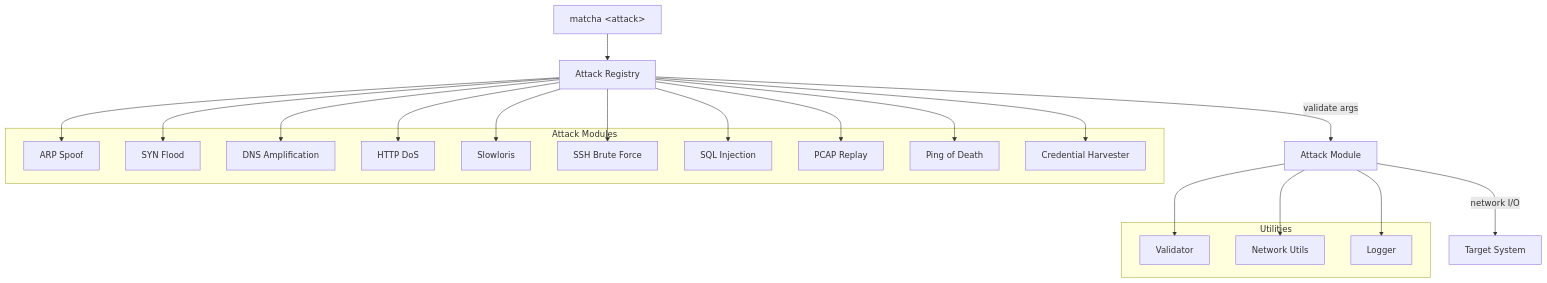
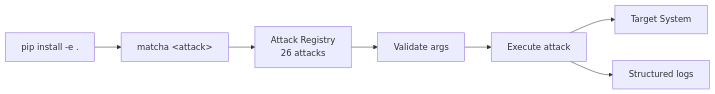
Before and after one commit to Montimage/mmt-attacker: the diagram in README.md, drawn with Mermaid. The commit also changed other lines of this file and 1 other file, not shown here.

````diff
--- a/README.md
+++ b/README.md
@@ -18,30 +18,9 @@
 ```mermaid
-graph TD
-    CLI["matcha &lt;attack&gt;"]
-    CLI --> Registry["Attack Registry"]
-    Registry --> |"validate args"| Attack["Attack Module"]
-    Attack --> |"network I/O"| Target["Target System"]
-
-    subgraph Attack Modules
-        ARP["ARP Spoof"]
-        SYN["SYN Flood"]
-        DNS["DNS Amplification"]
-        HTTP["HTTP DoS"]
-        SLOW["Slowloris"]
-        SSH["SSH Brute Force"]
-        SQL["SQL Injection"]
-        PCAP["PCAP Replay"]
-        PING["Ping of Death"]
-        CRED["Credential Harvester"]
-    end
-
-    Registry --> ARP & SYN & DNS & HTTP & SLOW & SSH & SQL & PCAP & PING & CRED
-
-    subgraph Utilities
-        VAL["Validator"]
-        NET["Network Utils"]
-        LOG["Logger"]
-    end
-
-    Attack --> VAL & NET & LOG
+graph LR
+    Install["pip install -e ."] --> CLI["matcha &lt;attack&gt;"]
+    CLI --> Registry["Attack Registry<br/>26 attacks"]
+    Registry --> Validate["Validate args"]
+    Validate --> Execute["Execute attack"]
+    Execute --> Target["Target System"]
+    Execute --> Log["Structured logs"]
 ```
````
